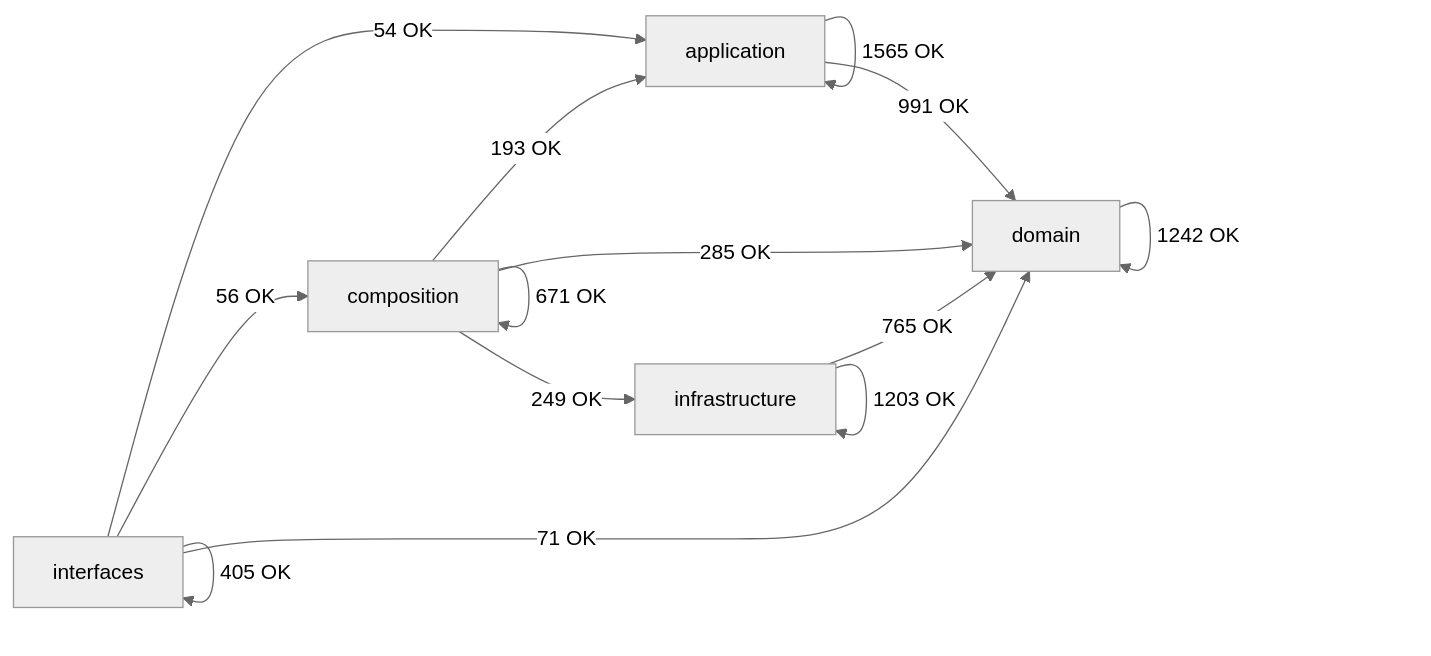
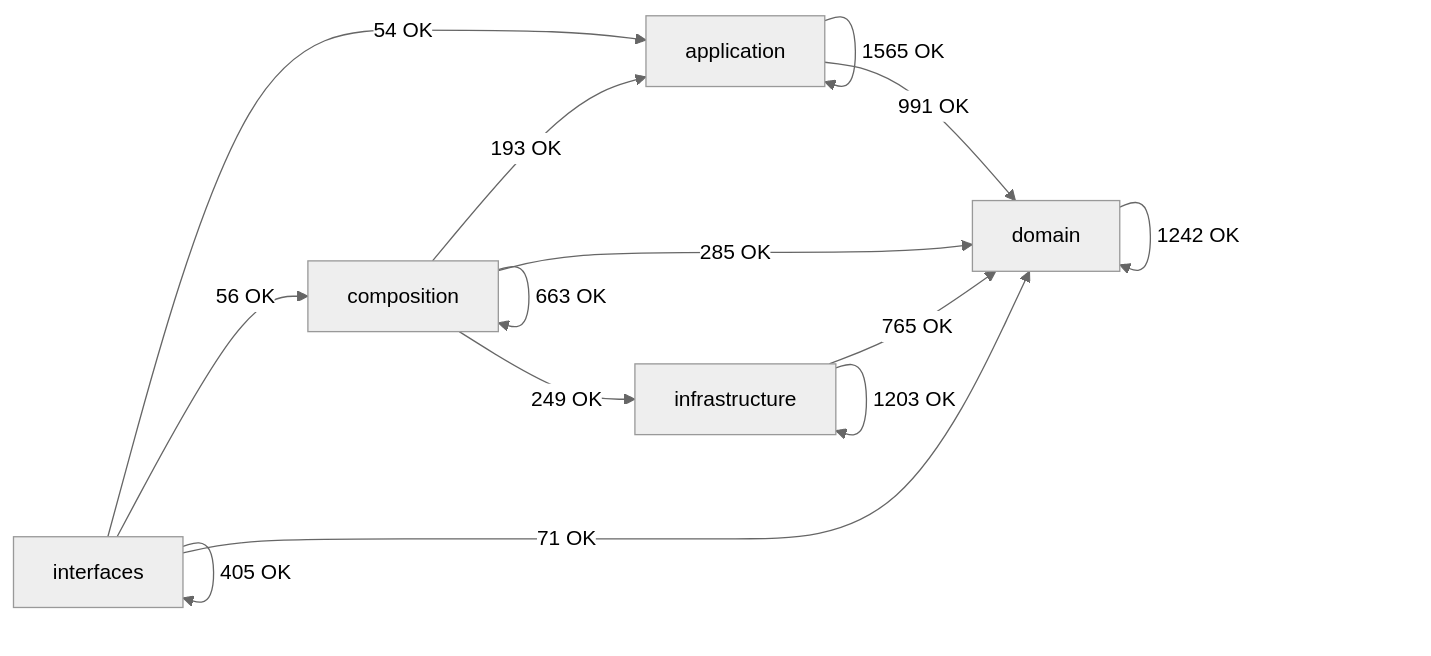
Before and after one commit to SatoryKono/BioactivityDataAcquisition: the diagram in docs/02-architecture/generated/module-dependency-map.md, drawn with Mermaid (neutral theme). The commit also changed other lines of this file and 18 other files, not shown here.

````diff
--- a/docs/02-architecture/generated/module-dependency-map.md
+++ b/docs/02-architecture/generated/module-dependency-map.md
@@ -17,21 +17,21 @@
 ```mermaid
 flowchart LR
     domain[domain]
     application[application]
     infrastructure[infrastructure]
     composition[composition]
     interfaces[interfaces]
     application -->|1565 OK| application
     application -->|991 OK| domain
     composition -->|193 OK| application
-    composition -->|671 OK| composition
+    composition -->|663 OK| composition
     composition -->|285 OK| domain
     composition -->|249 OK| infrastructure
     domain -->|1242 OK| domain
     infrastructure -->|765 OK| domain
     infrastructure -->|1203 OK| infrastructure
     interfaces -->|54 OK| application
     interfaces -->|56 OK| composition
     interfaces -->|71 OK| domain
     interfaces -->|405 OK| interfaces
 ```
````
